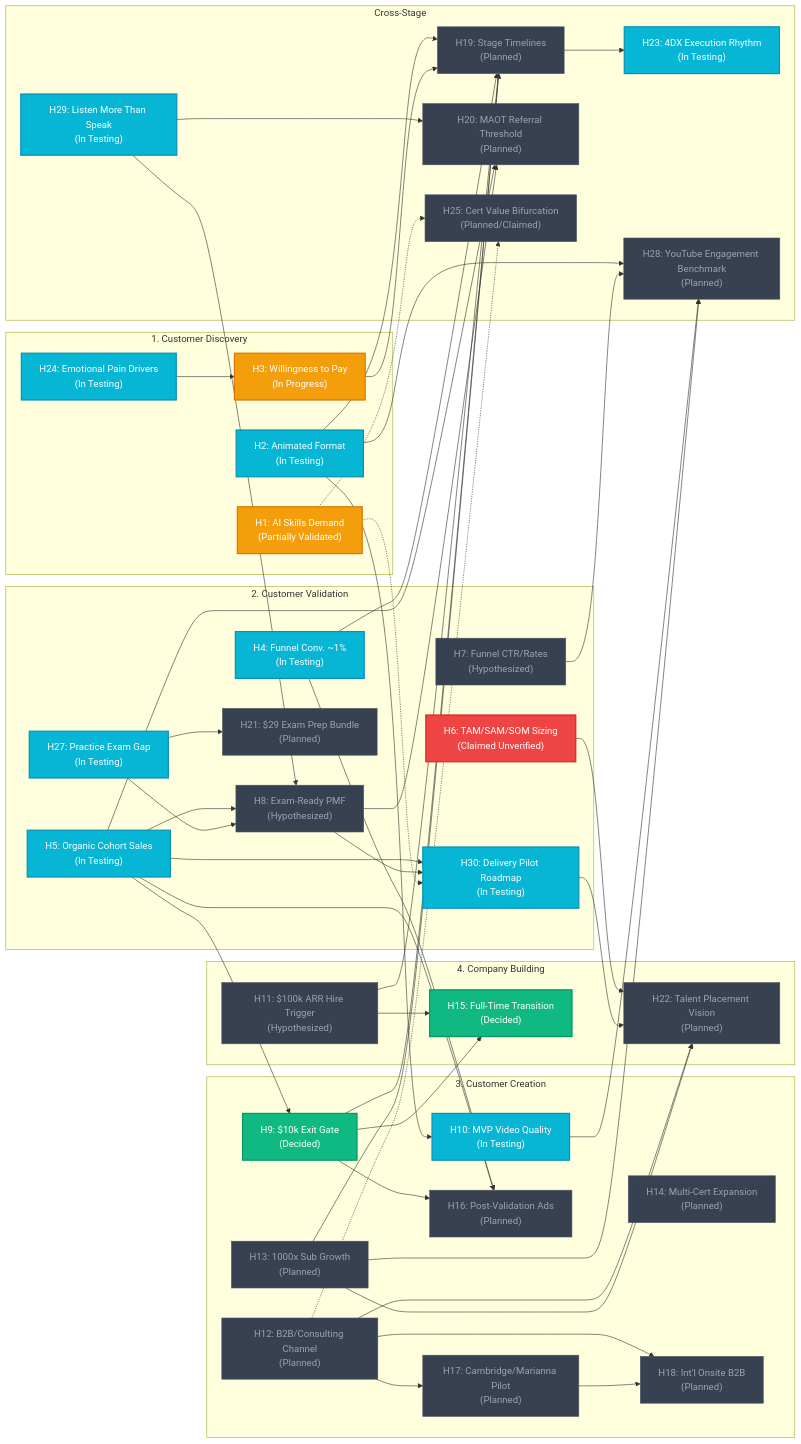
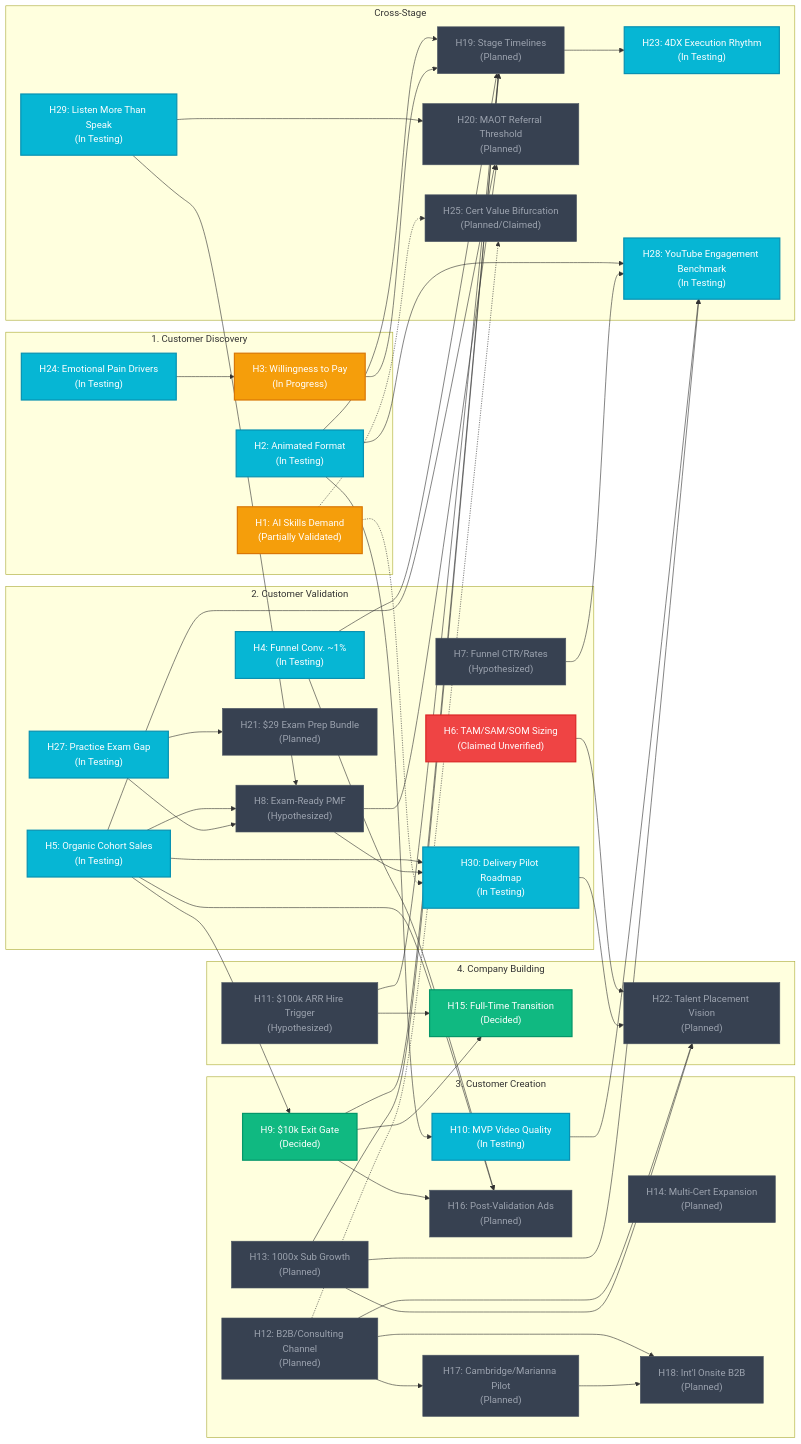
Before and after one commit to rifaterdemsahin/AI-Certification-Customer-Development: the diagram in HYPOTHESIS.md, drawn with Mermaid. The commit also changed other lines of this file and 46 other files, not shown here.

```diff
--- a/HYPOTHESIS.md
+++ b/HYPOTHESIS.md
@@ -55,7 +55,7 @@
         H20["H20: MAOT Referral Threshold<br>(Planned)"]:::planned
         H23["H23: 4DX Execution Rhythm<br>(In Testing)"]:::testing
         H25["H25: Cert Value Bifurcation<br>(Planned/Claimed)"]:::planned
-        H28["H28: YouTube Engagement Benchmark<br>(Planned)"]:::planned
+        H28["H28: YouTube Engagement Benchmark<br>(In Testing)"]:::testing
         H29["H29: Listen More Than Speak<br>(In Testing)"]:::testing
     end
 
```
